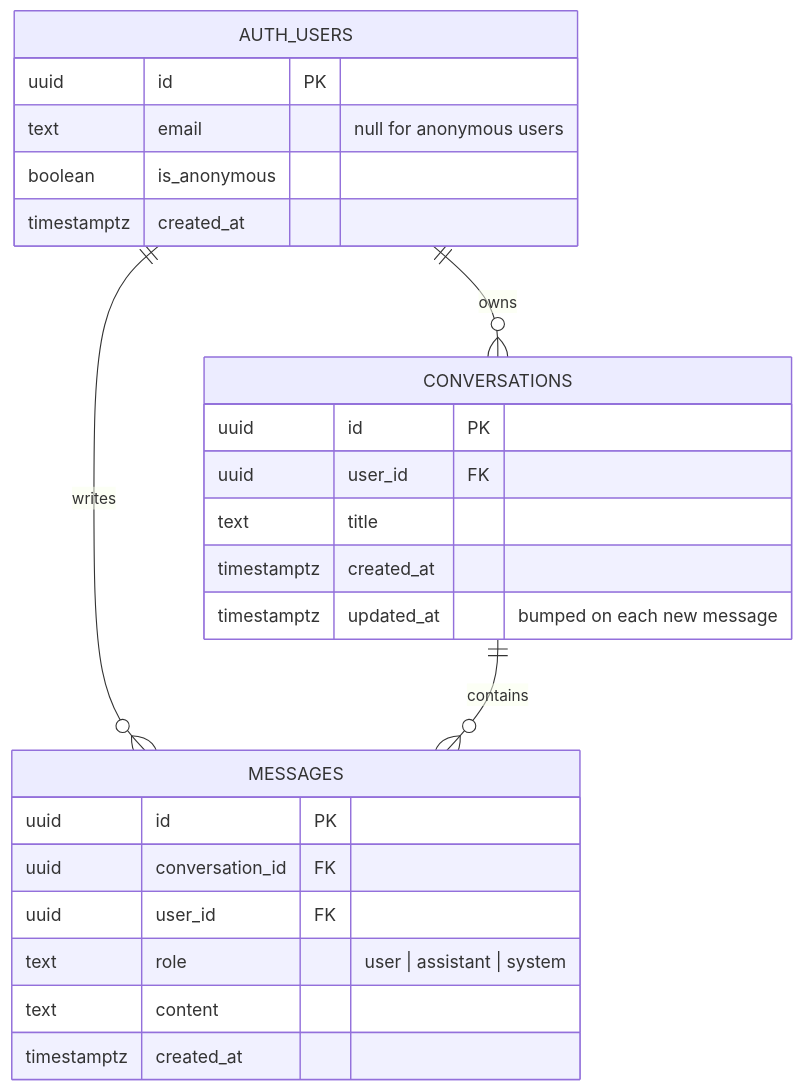
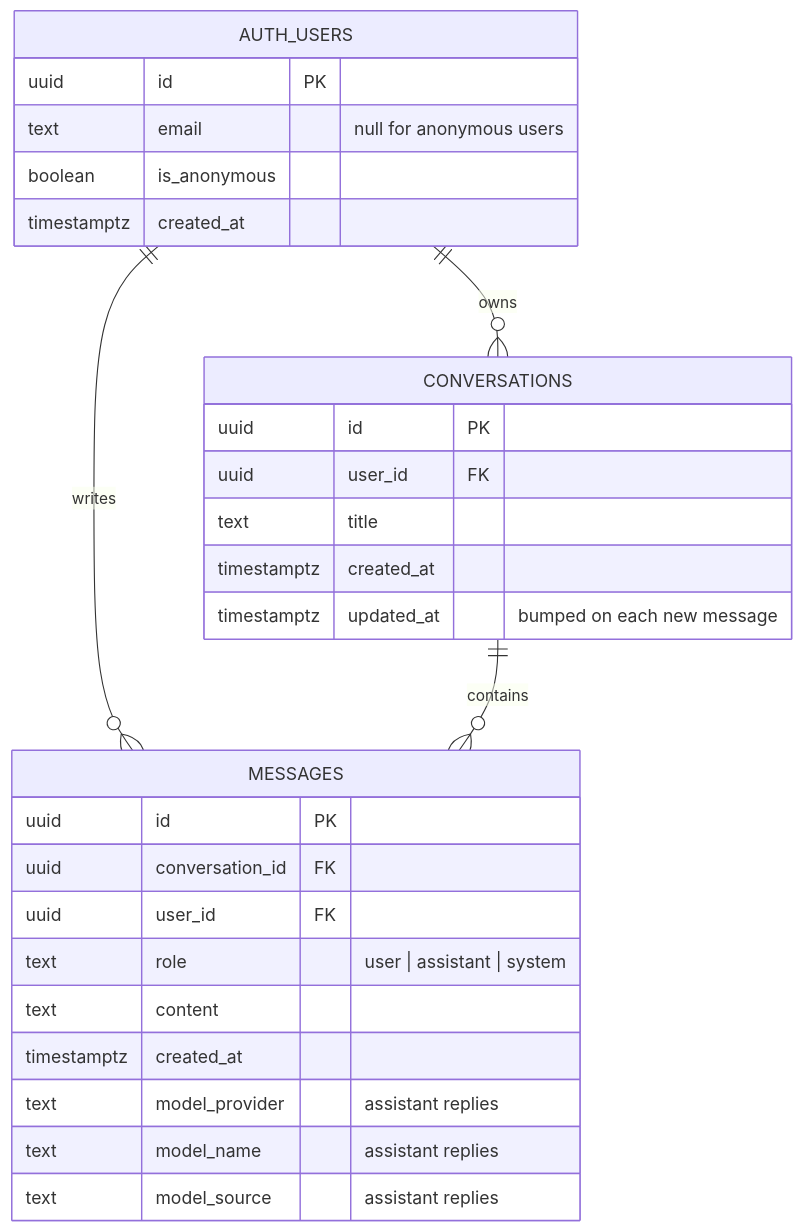
One commit to ada-school/ai-chat changed the second of 3 diagrams in README.md. Above: the diagram before and after it, drawn with Mermaid. The commit also changed other lines of this file and 13 other files, not shown here.

````diff
--- a/README.md
+++ b/README.md
@@ -172,30 +172,33 @@
 ```mermaid
 erDiagram
     AUTH_USERS ||--o{ CONVERSATIONS : owns
     AUTH_USERS ||--o{ MESSAGES : writes
     CONVERSATIONS ||--o{ MESSAGES : contains
 
     AUTH_USERS {
         uuid id PK
         text email "null for anonymous users"
         boolean is_anonymous
         timestamptz created_at
     }
 
     CONVERSATIONS {
         uuid id PK
         uuid user_id FK
         text title
         timestamptz created_at
         timestamptz updated_at "bumped on each new message"
     }
 
     MESSAGES {
         uuid id PK
         uuid conversation_id FK
         uuid user_id FK
         text role "user | assistant | system"
         text content
         timestamptz created_at
+        text model_provider "assistant replies"
+        text model_name "assistant replies"
+        text model_source "assistant replies"
     }
 ```
````
